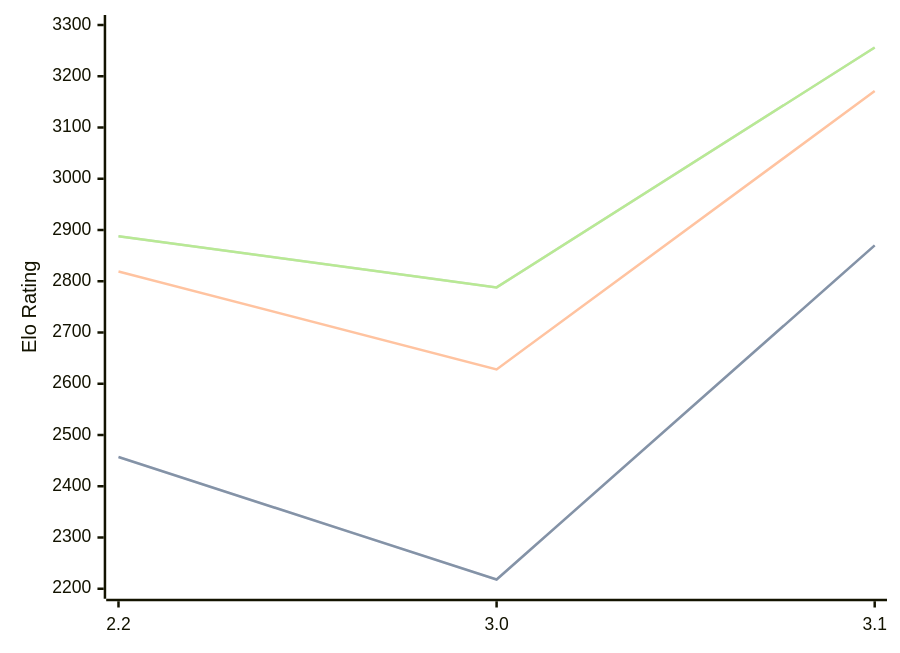
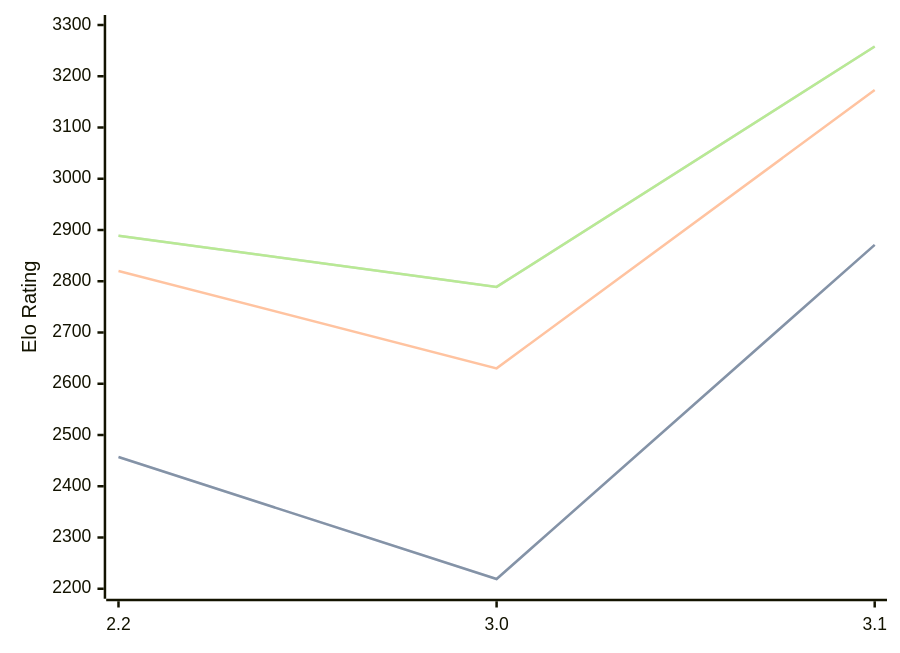
Before and after one commit to computer-chess-index/cci: the diagram in engines/Thrawn.md, drawn with Mermaid. The commit also changed other lines of this file, not shown here.

Commit message:
Update CCI Ratings (ELO VLTC) - 2026-08-15

````diff
--- a/engines/Thrawn.md
+++ b/engines/Thrawn.md
@@ -33,11 +33,11 @@
 ```mermaid
 %%{init: {"theme":"base","themeVariables":{"seriesColors:['#a3a3a3','#222221','#faa371']}}}%%
 xychart-beta
   x-axis ["2.2", "3.0", "3.1"]
   y-axis "Elo Rating" 2200 --> 3300
-  line "STC (8.0+0.08s)" [2457, 2218, 2870]
-  line "STC (8.0+0.08s)" [2457, 2218, 2870]
-  line "LTC (60.0+0.60s)" [2819, 2628, 3171]
-  line "VLTC (2m24s+1.12s)" [2888, 2788, 3256]
-  line "VLTC (2m24s+1.12s)" [2888, 2788, 3256]
+  line "STC (8.0+0.08s)" [2457, 2219, 2871]
+  line "STC (8.0+0.08s)" [2457, 2219, 2871]
+  line "LTC (60.0+0.60s)" [2820, 2630, 3173]
+  line "VLTC (2m24s+1.12s)" [2889, 2789, 3258]
+  line "VLTC (2m24s+1.12s)" [2889, 2789, 3258]
 ```
````
